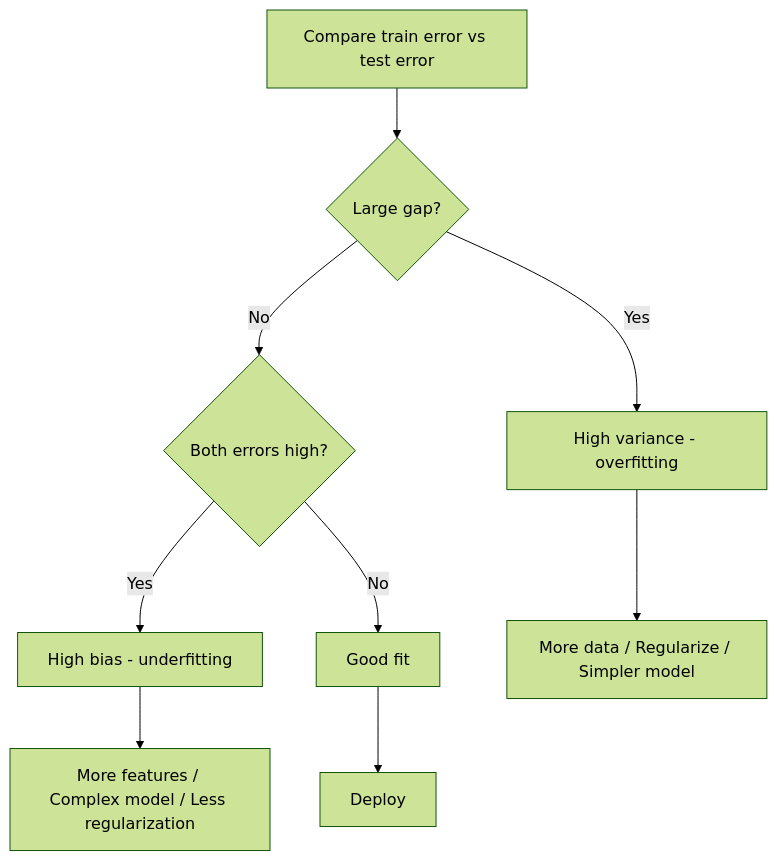
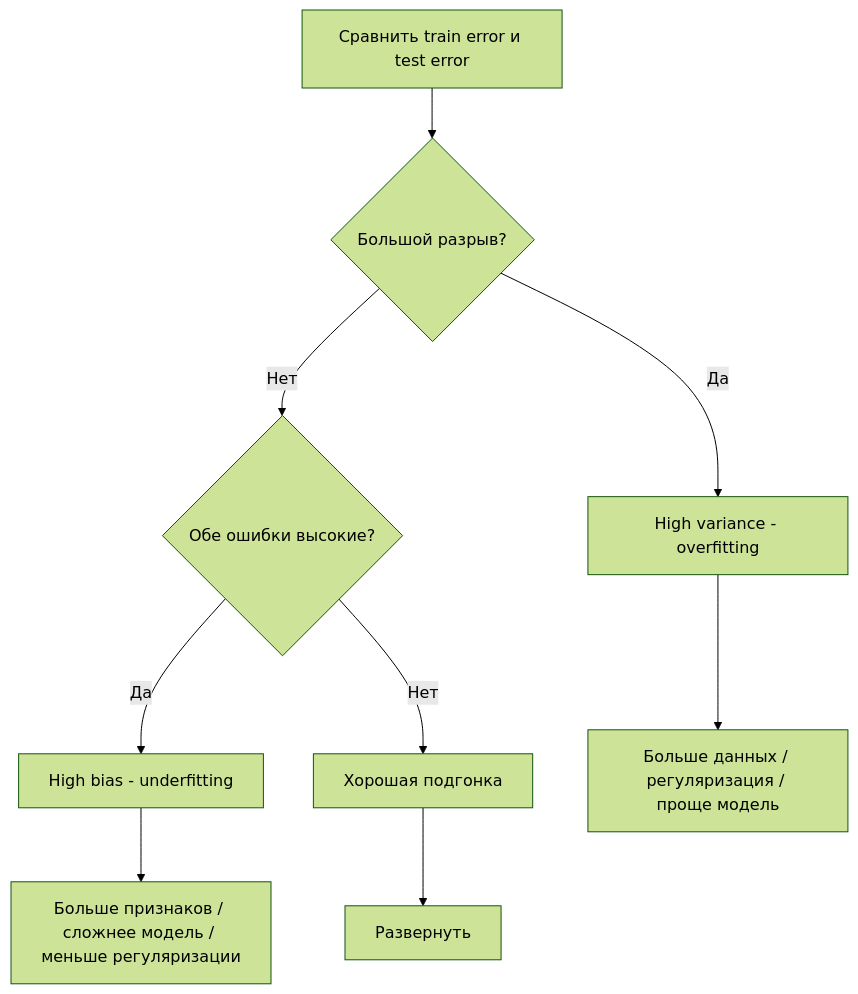
Before and after one commit to stabuev/ai-engineering-from-scratch: the third of 5 diagrams in phases/02-ml-fundamentals/10-bias-variance/docs/ru.md, drawn with Mermaid (forest theme). The commit also changed other lines of this file and 22 other files, not shown here.

````diff
--- a/phases/02-ml-fundamentals/10-bias-variance/docs/ru.md
+++ b/phases/02-ml-fundamentals/10-bias-variance/docs/ru.md
@@ -142,12 +142,12 @@
 ```mermaid
 flowchart TD
-    A[Compare train error vs test error] --> B{Large gap?}
-    B -->|Yes| C[High variance - overfitting]
-    B -->|No| D{Both errors high?}
-    D -->|Yes| E[High bias - underfitting]
-    D -->|No| F[Good fit]
+    A[Сравнить train error и test error] --> B{Большой разрыв?}
+    B -->|Да| C[High variance - overfitting]
+    B -->|Нет| D{Обе ошибки высокие?}
+    D -->|Да| E[High bias - underfitting]
+    D -->|Нет| F[Хорошая подгонка]
 
-    C --> G[More data / Regularize / Simpler model]
-    E --> H[More features / Complex model / Less regularization]
-    F --> I[Deploy]
+    C --> G[Больше данных / регуляризация / проще модель]
+    E --> H[Больше признаков / сложнее модель / меньше регуляризации]
+    F --> I[Развернуть]
 ```
````
